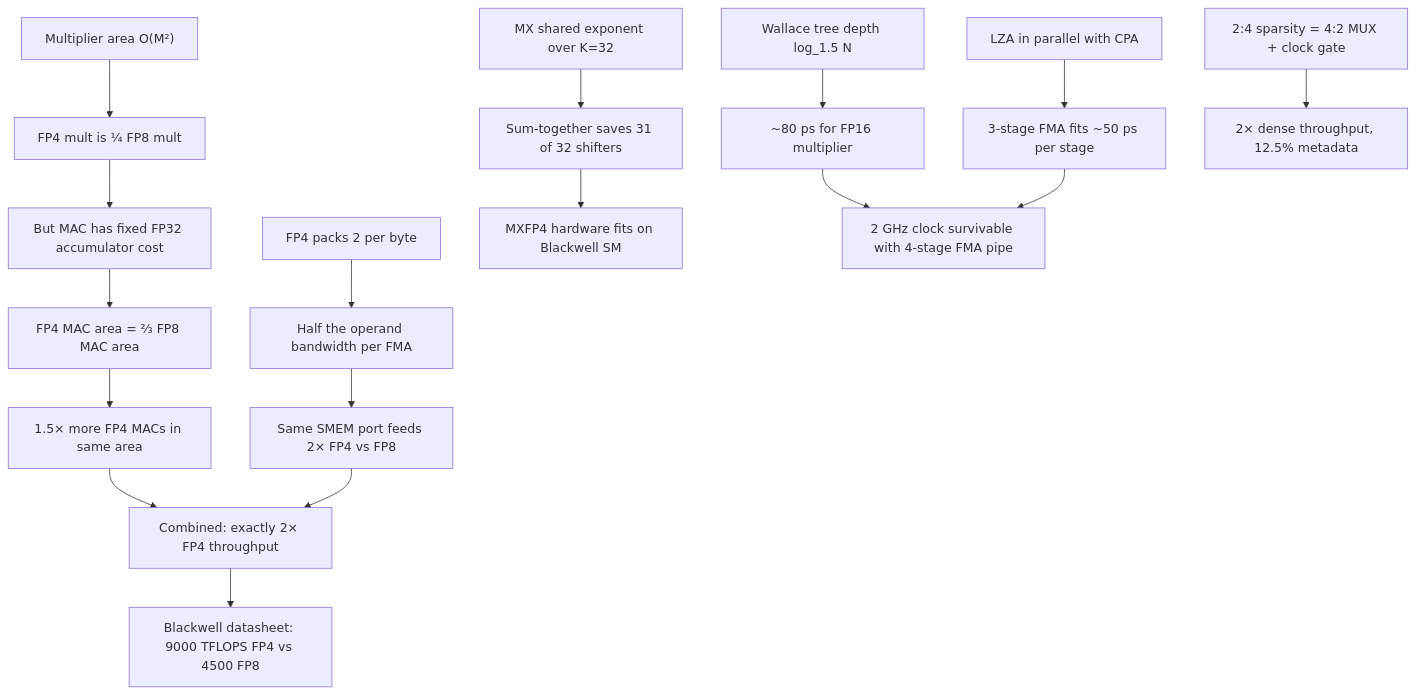
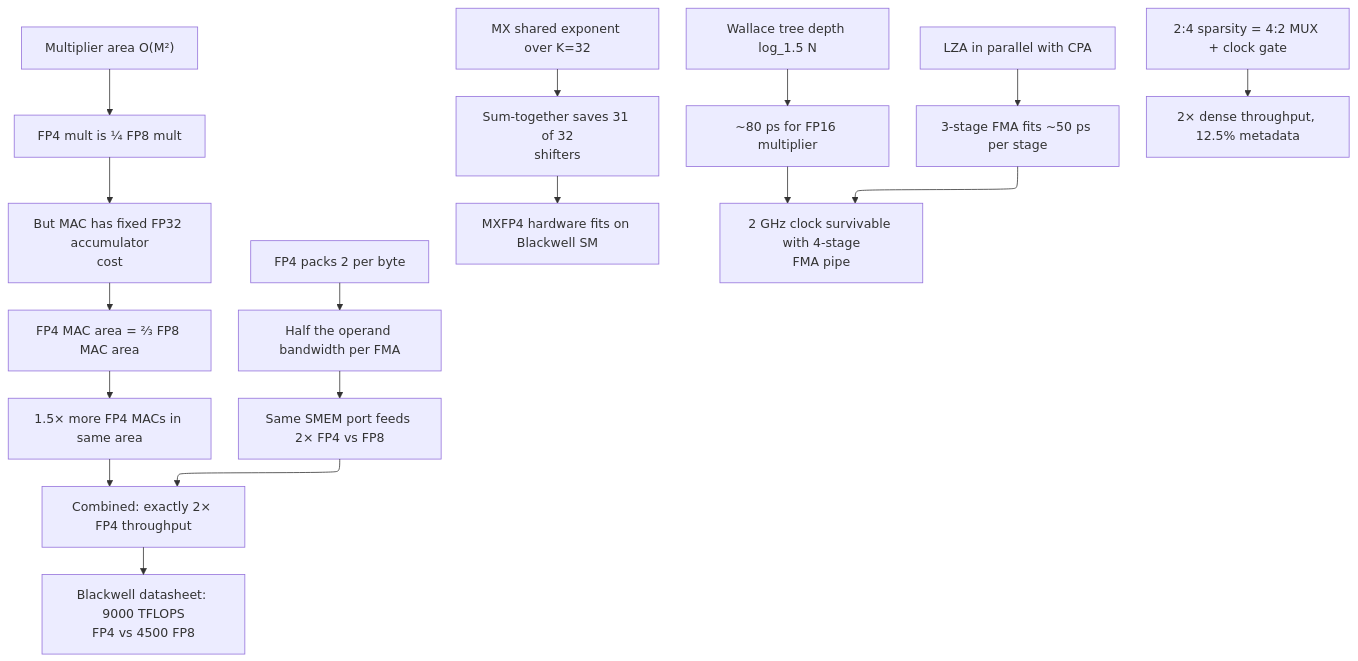
One commit to Wty2003328/ai_infra_intro changed the eighth of 8 diagrams in ai_infra/L2_Digital_Design_for_AI/FP_Unit_Design.md. Above: the diagram before and after it, drawn with Mermaid. The commit also changed other lines of this file and 108 other files, not shown here.

````diff
--- a/ai_infra/L2_Digital_Design_for_AI/FP_Unit_Design.md
+++ b/ai_infra/L2_Digital_Design_for_AI/FP_Unit_Design.md
@@ -414,25 +421,26 @@
 ```mermaid
+%%{init: {"flowchart": {"defaultRenderer": "elk", "nodeSpacing": 60, "rankSpacing": 60, "htmlLabels": false}}}%%
 flowchart TD
     A["Multiplier area O(M²)"] --> B[FP4 mult is ¼ FP8 mult]
-    B --> C[But MAC has fixed FP32 accumulator cost]
+    B --> C[But MAC has fixed FP32 accumulator<br/>cost]
     C --> D[FP4 MAC area = ⅔ FP8 MAC area]
     D --> E[1.5× more FP4 MACs in same area]
 
     F[FP4 packs 2 per byte] --> G[Half the operand bandwidth per FMA]
     G --> H[Same SMEM port feeds 2× FP4 vs FP8]
 
     E --> I[Combined: exactly 2× FP4 throughput]
     H --> I
-    I --> J[Blackwell datasheet: 9000 TFLOPS FP4 vs 4500 FP8]
+    I --> J[Blackwell datasheet: 9000 TFLOPS<br/>FP4 vs 4500 FP8]
 
-    K[MX shared exponent over K=32] --> L[Sum-together saves 31 of 32 shifters]
+    K[MX shared exponent over K=32] --> L[Sum-together saves 31 of 32<br/>shifters]
     L --> M[MXFP4 hardware fits on Blackwell SM]
 
     N[Wallace tree depth log_1.5 N] --> O[~80 ps for FP16 multiplier]
-    O --> P[2 GHz clock survivable with 4-stage FMA pipe]
+    O --> P[2 GHz clock survivable with 4-stage<br/>FMA pipe]
 
     Q[LZA in parallel with CPA] --> R[3-stage FMA fits ~50 ps per stage]
     R --> P
 
     S[2:4 sparsity = 4:2 MUX + clock gate] --> T[2× dense throughput, 12.5% metadata]
 ```
````
